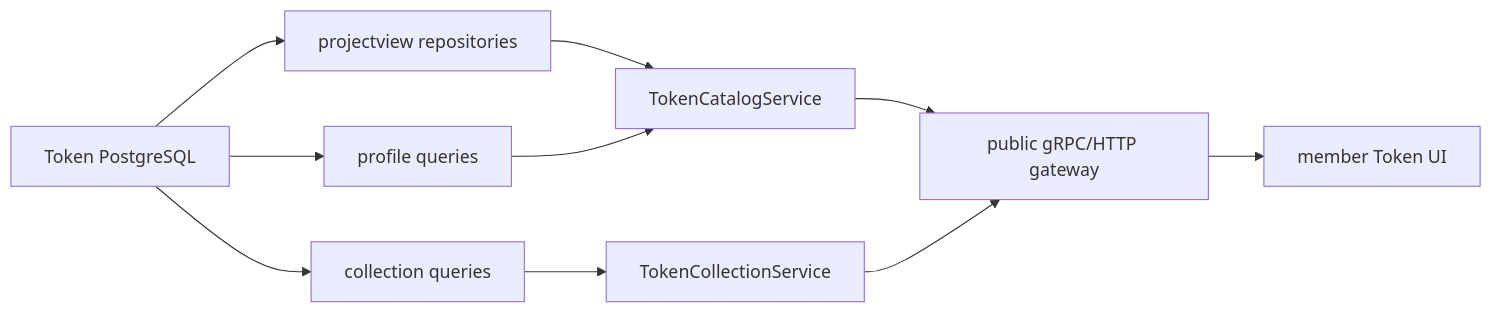
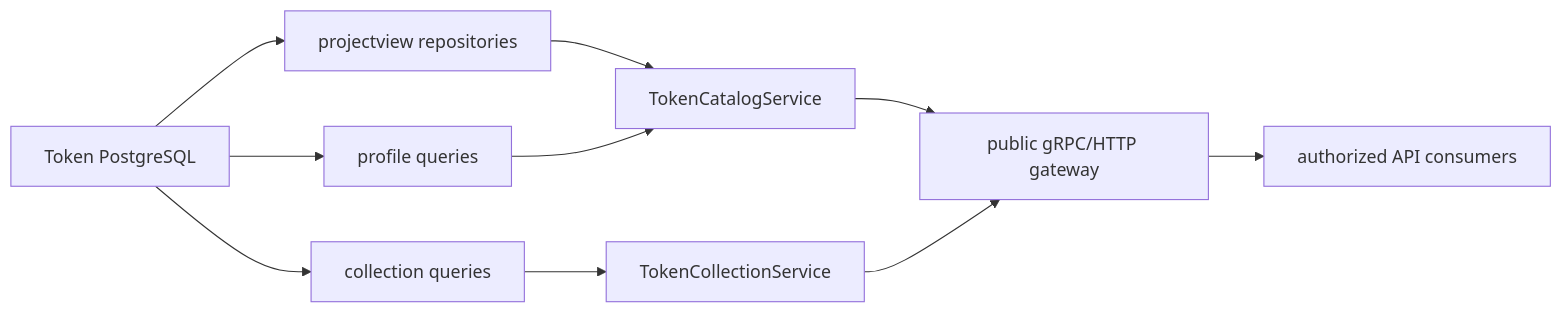
Before and after one commit to useryege/athena-o: the diagram in docs/design/token-intelligence/project-read-model.md, drawn with Mermaid. The commit also changed other lines of this file and 34 other files, not shown here.

````diff
--- a/docs/design/token-intelligence/project-read-model.md
+++ b/docs/design/token-intelligence/project-read-model.md
@@ -28,12 +28,12 @@
 ```mermaid
 flowchart LR
     DB["Token PostgreSQL"] --> PV["projectview repositories"]
     DB --> PQ["profile queries"]
     DB --> CQ["collection queries"]
     PV --> API["TokenCatalogService"]
     PQ --> API
     CQ --> CA["TokenCollectionService"]
     API --> GW["public gRPC/HTTP gateway"]
     CA --> GW
-    GW --> UI["member Token UI"]
+    GW --> Client["authorized API consumers"]
 ```
````
